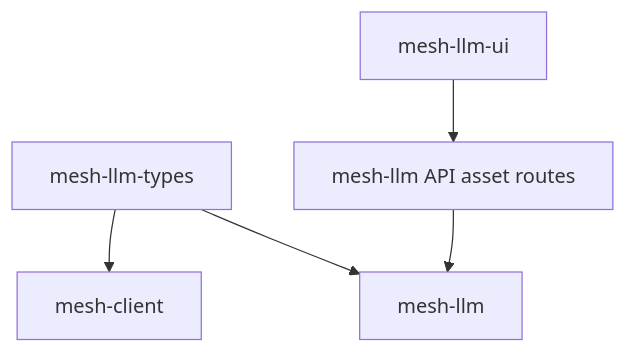
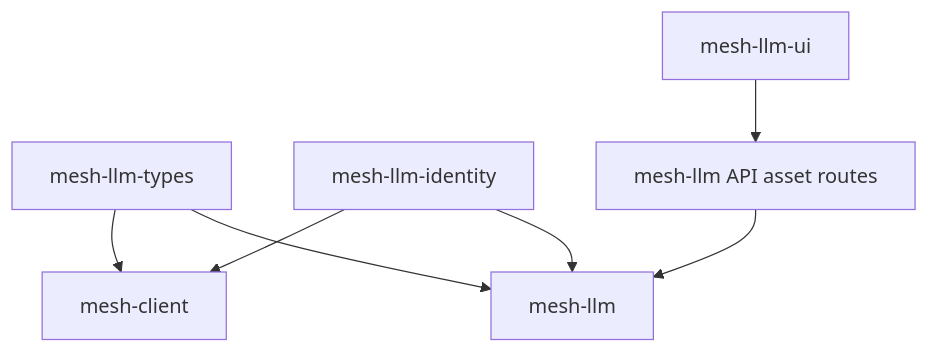
The first of 2 diagrams in docs/design/CRATE_DECOMPOSITION.md (michaelneale/mesh-llm), drawn with Mermaid before and after one commit. The commit also changed other lines of this file and 29 other files, not shown here.

Commit message:
Extract shared mesh LLM identity crate

````diff
--- a/docs/design/CRATE_DECOMPOSITION.md
+++ b/docs/design/CRATE_DECOMPOSITION.md
@@ -21,13 +23,16 @@
 ```mermaid
 flowchart TD
     types["mesh-llm-types"]
     client["mesh-client"]
+    identity["mesh-llm-identity"]
     host["mesh-llm"]
     ui["mesh-llm-ui"]
     api_assets["mesh-llm API asset routes"]
 
     types --> client
     types --> host
+    identity --> client
+    identity --> host
     ui --> api_assets
     api_assets --> host
 ```
````
